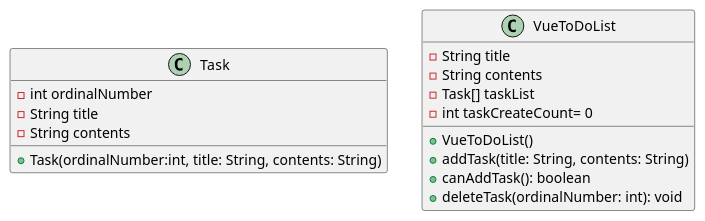
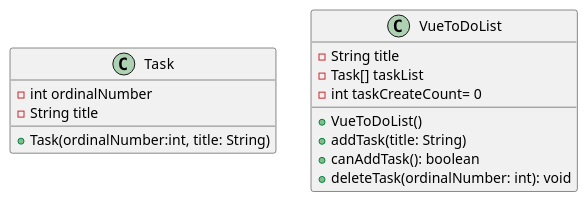
One commit to Tucker263/To_Do_List changed the diagram in To_Do_List設計.pu. Above: the diagram before and after it, drawn with PlantUML. The commit also changed 2 other files, not shown here.

```diff
--- a/To_Do_List設計.pu
+++ b/To_Do_List設計.pu
@@ -1,23 +1,21 @@
 @startuml
 'Modelの設計
 class Task{
     - int ordinalNumber
     - String title
-    - String contents
 
-    + Task(ordinalNumber:int, title: String, contents: String)
+    + Task(ordinalNumber:int, title: String)
 }
 
 class VueToDoList{
     - String title
-    - String contents
     - Task[] taskList
     - int taskCreateCount= 0
 
     + VueToDoList()
-    + addTask(title: String, contents: String)
+    + addTask(title: String)
     + canAddTask(): boolean
     + deleteTask(ordinalNumber: int): void
 }
 
 @enduml
```
